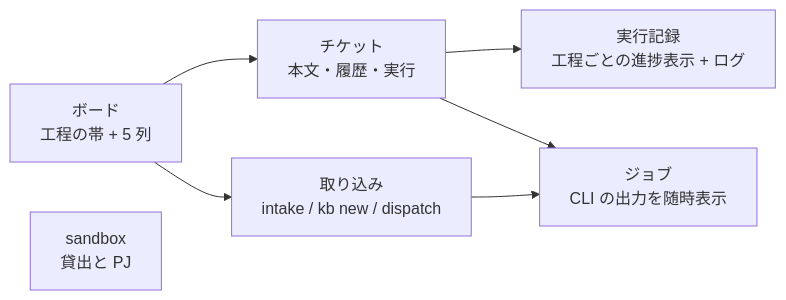
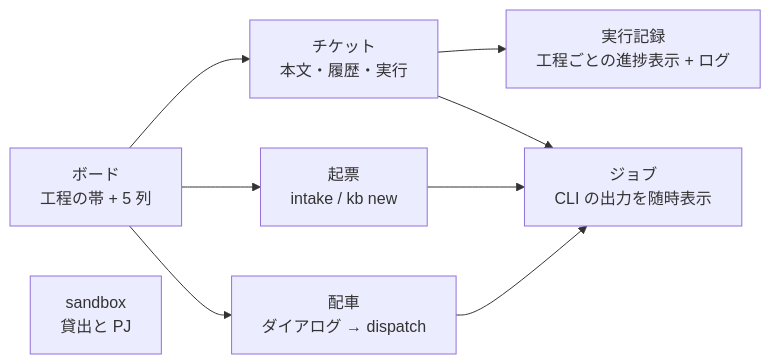
One commit to akkijp-oss/aifactory changed the diagram in website/content/ja/guides/console.md. Above: the diagram before and after it, drawn with Mermaid. The commit also changed other lines of this file and 20 other files, not shown here.

````diff
--- a/website/content/ja/guides/console.md
+++ b/website/content/ja/guides/console.md
@@ -28,9 +28,11 @@
 ```mermaid
 flowchart LR
   B[ボード<br>工程の帯 + 5 列] --> T[チケット<br>本文・履歴・実行]
   T --> R[実行記録<br>工程ごとの進捗表示 + ログ]
-  B --> I[取り込み<br>intake / kb new / dispatch]
+  B --> I[起票<br>intake / kb new]
+  B --> D[配車<br>ダイアログ → dispatch]
+  D --> J
   I --> J[ジョブ<br>CLI の出力を随時表示]
   T --> J
   S[sandbox<br>貸出と PJ]
 ```
````
